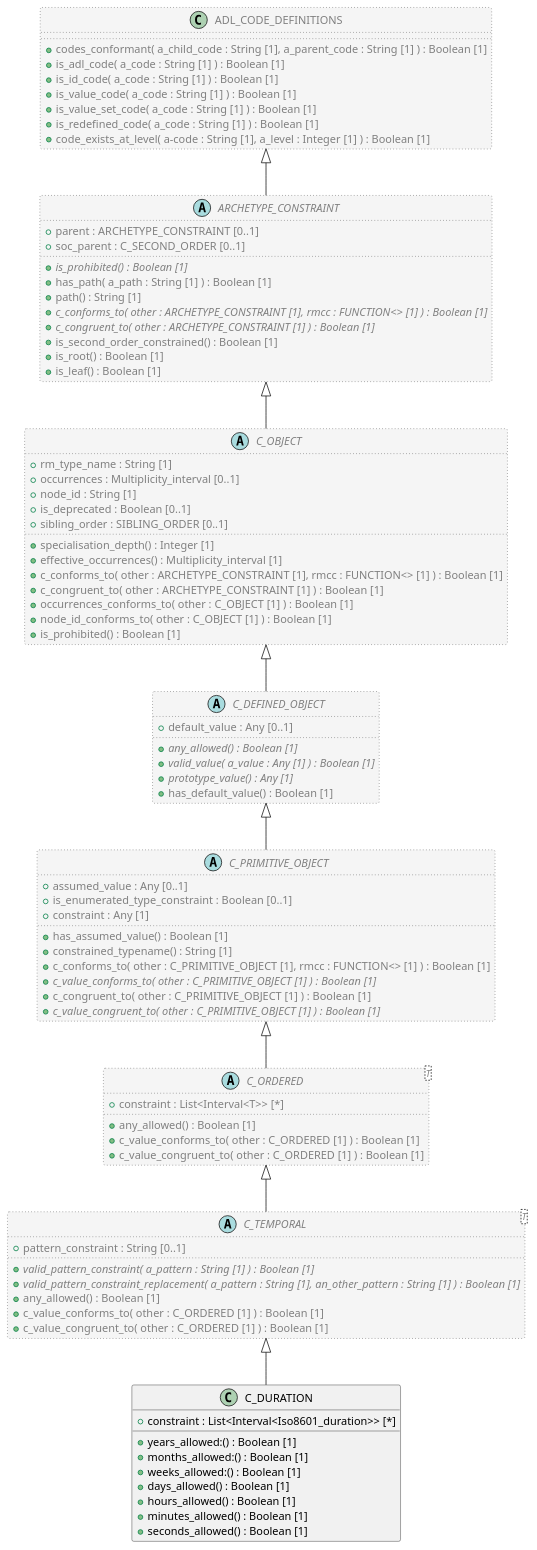
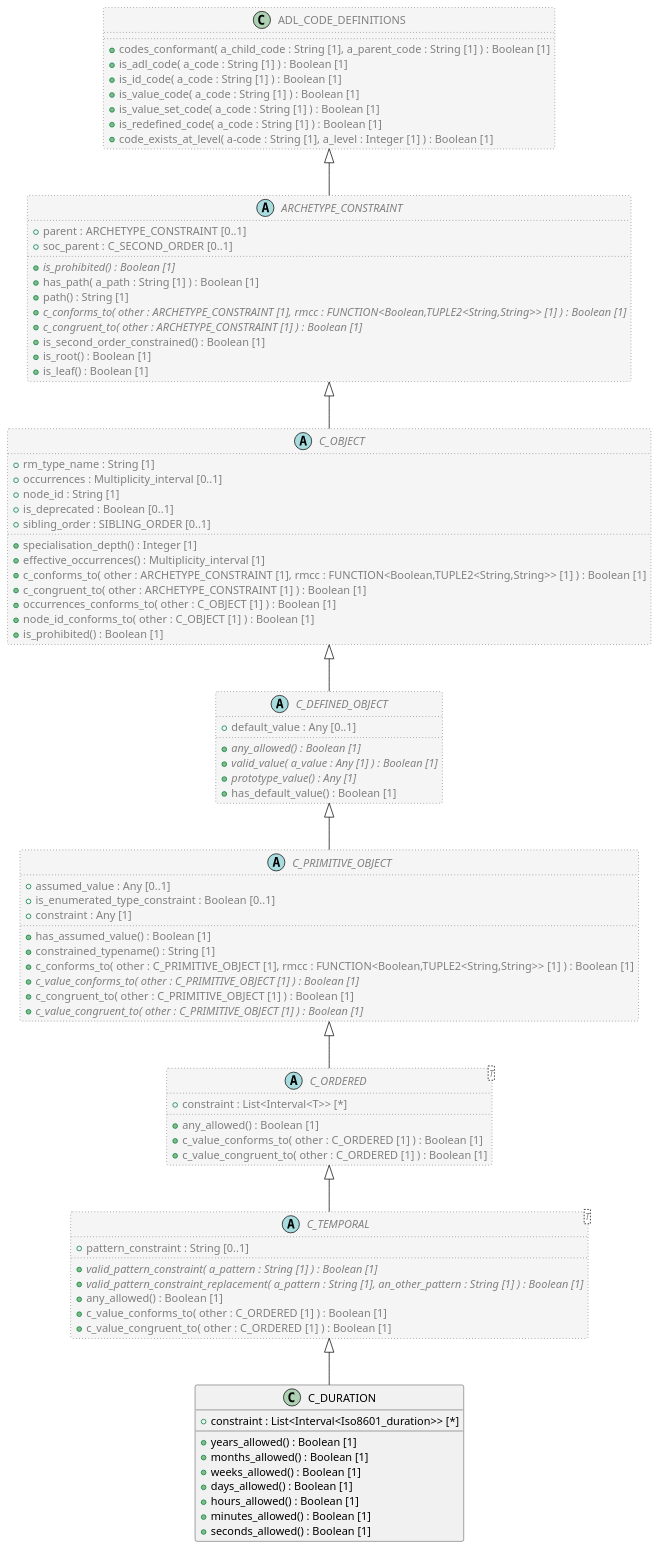
Before and after one commit to sebastian-iancu/code-generator: the diagram in code/Adoc/openehr_am_2.2.0/plantUML/classes/aom2.c_duration.adoc, drawn with PlantUML. The commit also changed 299 other files, not shown here.

```diff
--- a/code/Adoc/openehr_am_2.2.0/plantUML/classes/aom2.c_duration.adoc
+++ b/code/Adoc/openehr_am_2.2.0/plantUML/classes/aom2.c_duration.adoc
@@ -4,9 +4,9 @@
 
 class C_DURATION {
   + constraint : List<Interval<Iso8601_duration>> [*]
-  + years_allowed:() : Boolean [1]
-  + months_allowed:() : Boolean [1]
-  + weeks_allowed:() : Boolean [1]
+  + years_allowed() : Boolean [1]
+  + months_allowed() : Boolean [1]
+  + weeks_allowed() : Boolean [1]
   + days_allowed() : Boolean [1]
   + hours_allowed() : Boolean [1]
   + minutes_allowed() : Boolean [1]
@@ -35,7 +35,7 @@
   + constraint : Any [1]
   + has_assumed_value() : Boolean [1]
   + constrained_typename() : String [1]
-  + c_conforms_to( other : C_PRIMITIVE_OBJECT [1], rmcc : FUNCTION<> [1] ) : Boolean [1]
+  + c_conforms_to( other : C_PRIMITIVE_OBJECT [1], rmcc : FUNCTION<Boolean,TUPLE2<String,String>> [1] ) : Boolean [1]
   + {abstract} c_value_conforms_to( other : C_PRIMITIVE_OBJECT [1] ) : Boolean [1]
   + c_congruent_to( other : C_PRIMITIVE_OBJECT [1] ) : Boolean [1]
   + {abstract} c_value_congruent_to( other : C_PRIMITIVE_OBJECT [1] ) : Boolean [1]
@@ -57,7 +57,7 @@
   + sibling_order : SIBLING_ORDER [0..1]
   + specialisation_depth() : Integer [1]
   + effective_occurrences() : Multiplicity_interval [1]
-  + c_conforms_to( other : ARCHETYPE_CONSTRAINT [1], rmcc : FUNCTION<> [1] ) : Boolean [1]
+  + c_conforms_to( other : ARCHETYPE_CONSTRAINT [1], rmcc : FUNCTION<Boolean,TUPLE2<String,String>> [1] ) : Boolean [1]
   + c_congruent_to( other : ARCHETYPE_CONSTRAINT [1] ) : Boolean [1]
   + occurrences_conforms_to( other : C_OBJECT [1] ) : Boolean [1]
   + node_id_conforms_to( other : C_OBJECT [1] ) : Boolean [1]
@@ -70,7 +70,7 @@
   + {abstract} is_prohibited() : Boolean [1]
   + has_path( a_path : String [1] ) : Boolean [1]
   + path() : String [1]
-  + {abstract} c_conforms_to( other : ARCHETYPE_CONSTRAINT [1], rmcc : FUNCTION<> [1] ) : Boolean [1]
+  + {abstract} c_conforms_to( other : ARCHETYPE_CONSTRAINT [1], rmcc : FUNCTION<Boolean,TUPLE2<String,String>> [1] ) : Boolean [1]
   + {abstract} c_congruent_to( other : ARCHETYPE_CONSTRAINT [1] ) : Boolean [1]
   + is_second_order_constrained() : Boolean [1]
   + is_root() : Boolean [1]
```
